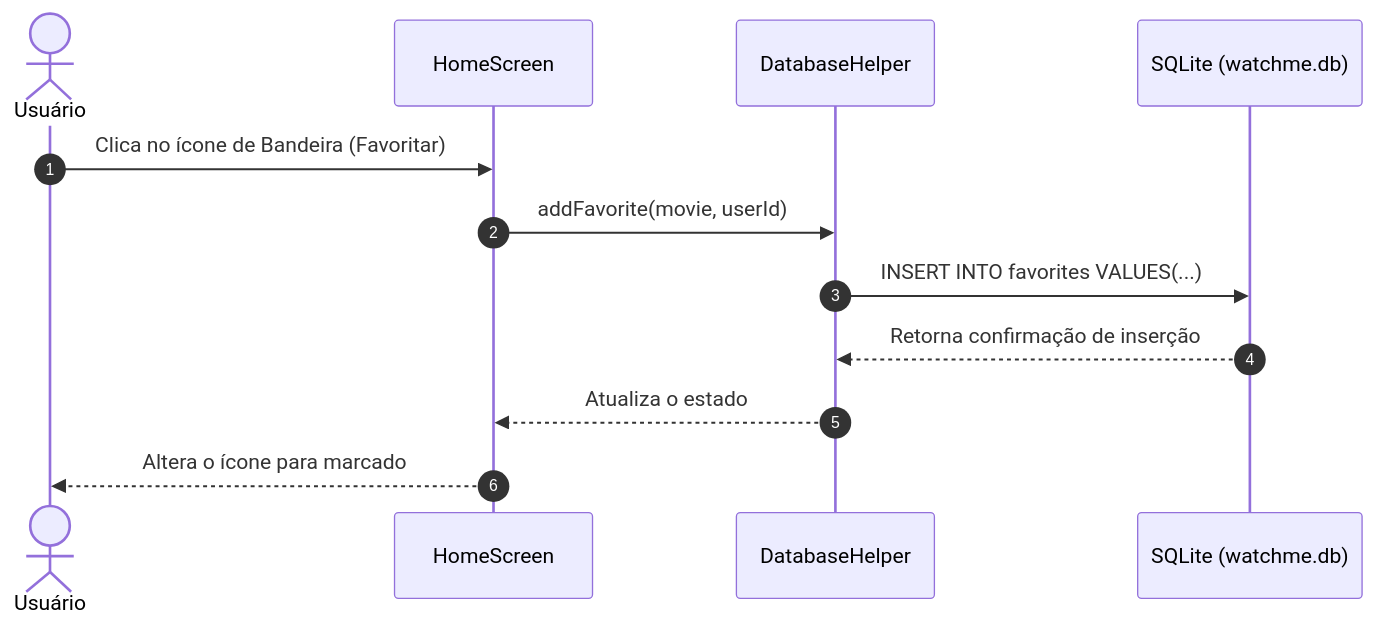
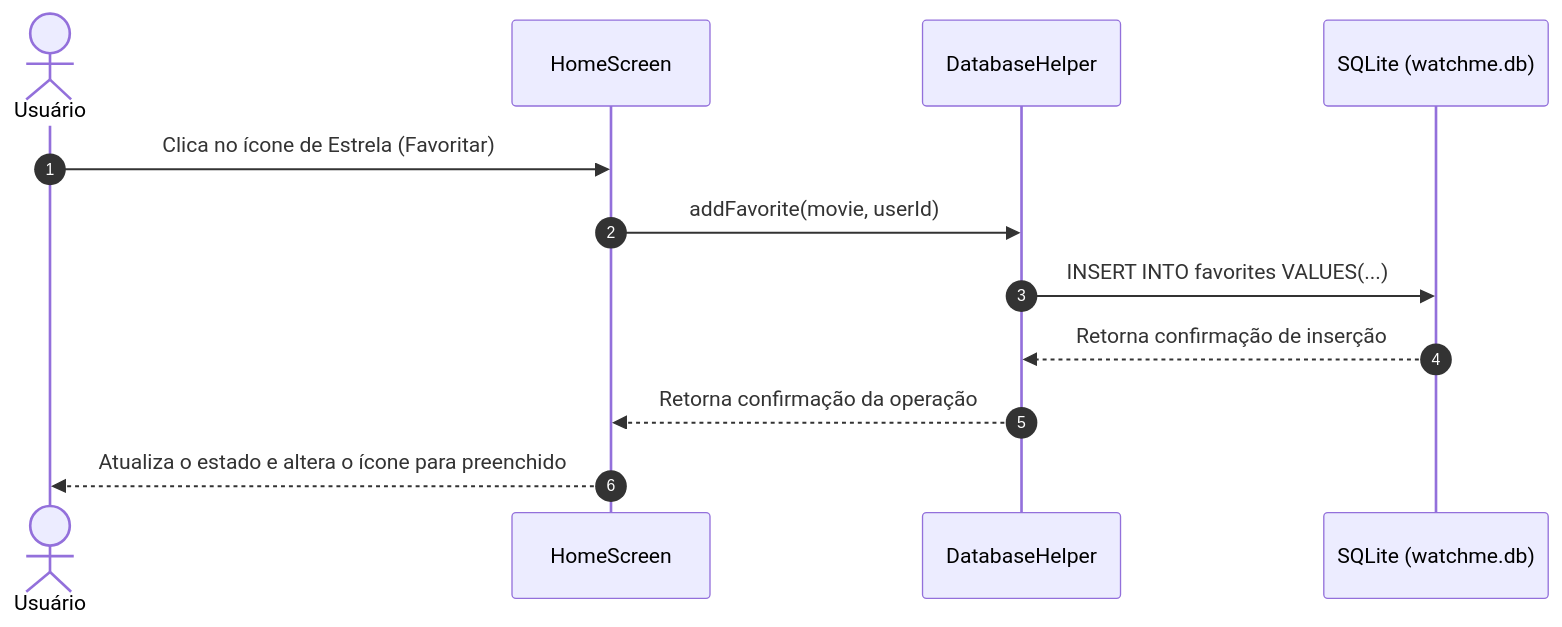
The second of 2 diagrams in WatchMe/watchme_app/README.md (spidemyer/mobile), drawn with Mermaid before and after one commit. The commit also changed other lines of this file and 54 other files, not shown here.

````diff
--- a/WatchMe/watchme_app/README.md
+++ b/WatchMe/watchme_app/README.md
@@ -122,16 +145,16 @@
 ```mermaid
 sequenceDiagram
     autonumber
     actor User as Usuário
     participant View as HomeScreen
     participant DB as DatabaseHelper
     participant SQLite as SQLite (watchme.db)
 
-    User->>View: Clica no ícone de Bandeira (Favoritar)
+    User->>View: Clica no ícone de Estrela (Favoritar)
     View->>DB: addFavorite(movie, userId)
     DB->>SQLite: INSERT INTO favorites VALUES(...)
     SQLite-->>DB: Retorna confirmação de inserção
-    DB-->>View: Atualiza o estado
-    View-->>User: Altera o ícone para marcado
+    DB-->>View: Retorna confirmação da operação
+    View-->>User: Atualiza o estado e altera o ícone para preenchido
 
 ```
````
